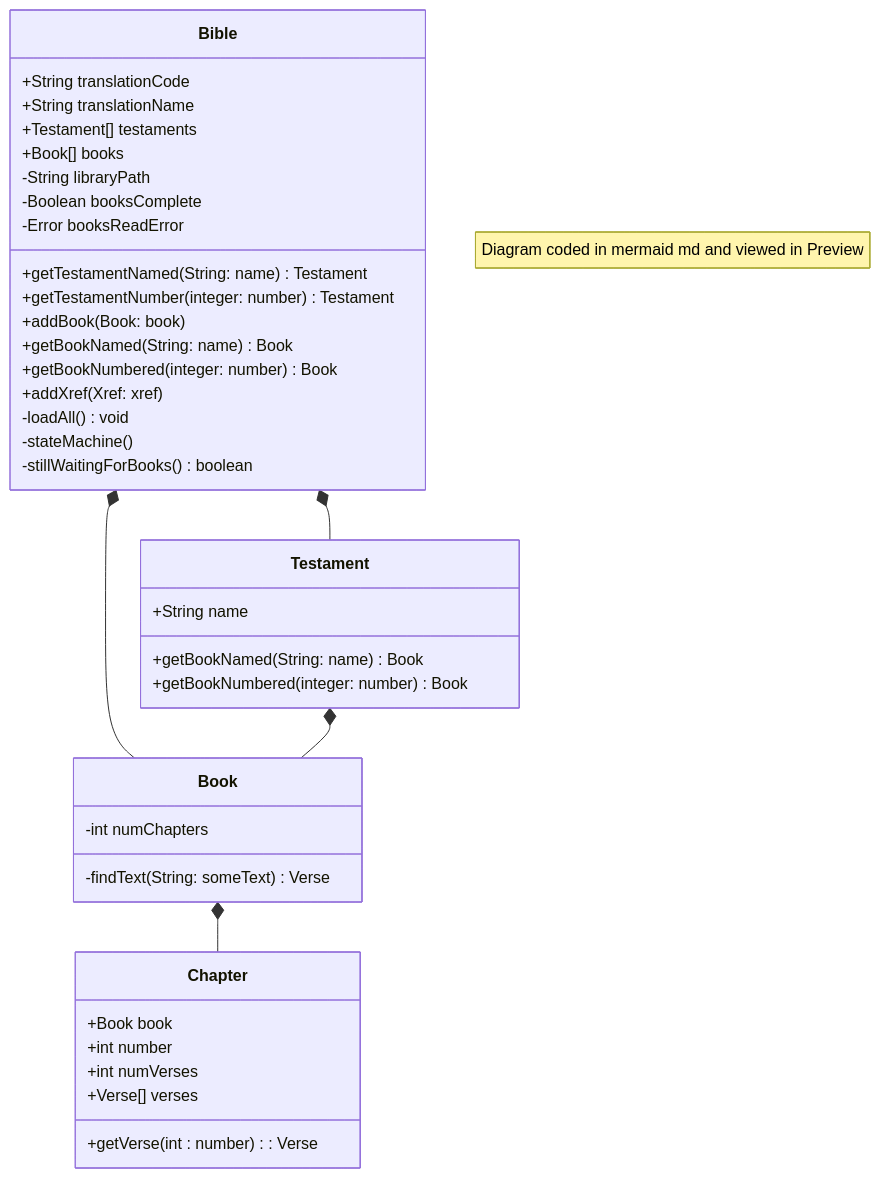
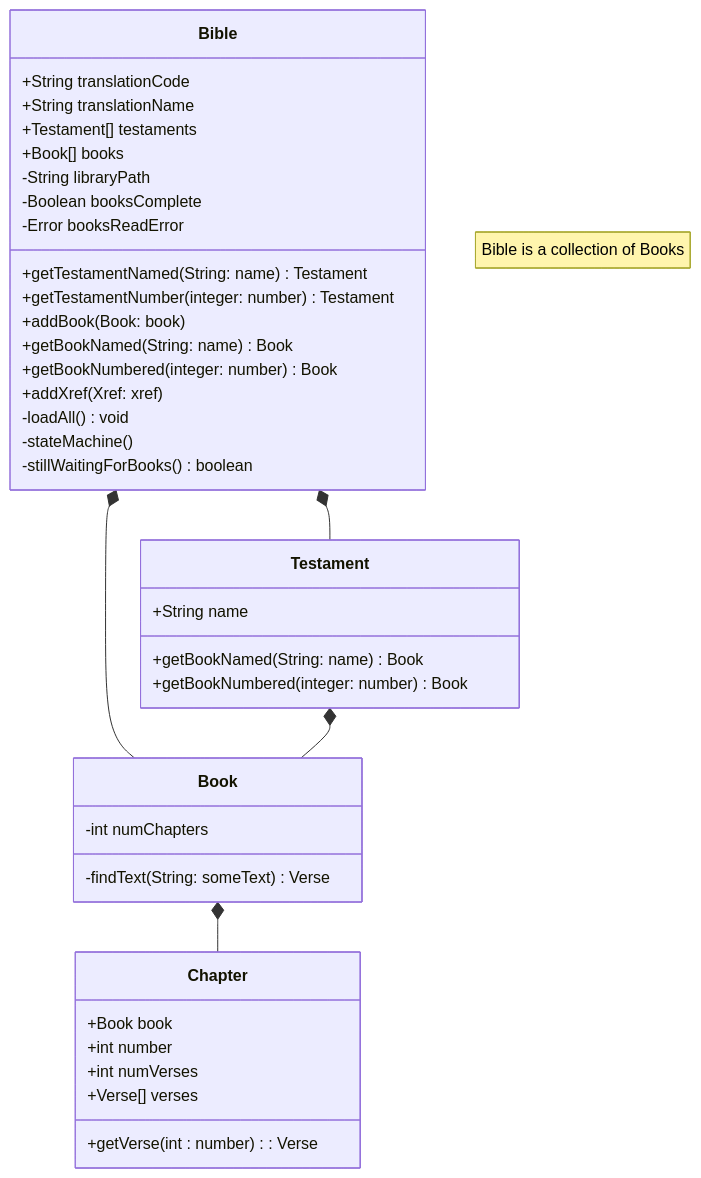
Before and after one commit to MichaelKentBurns/BibleModel: the diagram in ObjectModel/ObjectModel.md, drawn with Mermaid. The commit also changed other lines of this file and 5 other files, not shown here.

````diff
--- a/ObjectModel/ObjectModel.md
+++ b/ObjectModel/ObjectModel.md
@@ -12,48 +21,48 @@
 ```mermaid
 classDiagram
-    note "Diagram coded in mermaid md and viewed in Preview"
+    note "Bible is a collection of Books"
    
     class Bible {
         +String translationCode
         +String translationName
         +Testament[] testaments
         +Book[] books
         -String libraryPath
         -Boolean booksComplete
         -Error booksReadError
 
         +getTestamentNamed(String: name) Testament
         +getTestamentNumber(integer: number) Testament
         +addBook(Book: book)
         +getBookNamed(String: name) Book
         +getBookNumbered(integer: number) Book
         +addXref(Xref: xref)
         -loadAll() void
         -stateMachine() 
         -stillWaitingForBooks() boolean
     }
 
     Bible *-- Testament
     class Testament {
         +String name
         +getBookNamed(String: name) Book
         +getBookNumbered(integer: number) Book
     }
 
     Bible *-- Book 
     Testament *-- Book
     class Book {
         -int numChapters
         -findText( String: someText ) Verse
     }
     Book *-- Chapter
 
     class Chapter {
         +Book book
         +int number
         +int numVerses
         +Verse[] verses
         +getVerse( int : number ) : Verse
     }
 
 ```
````
